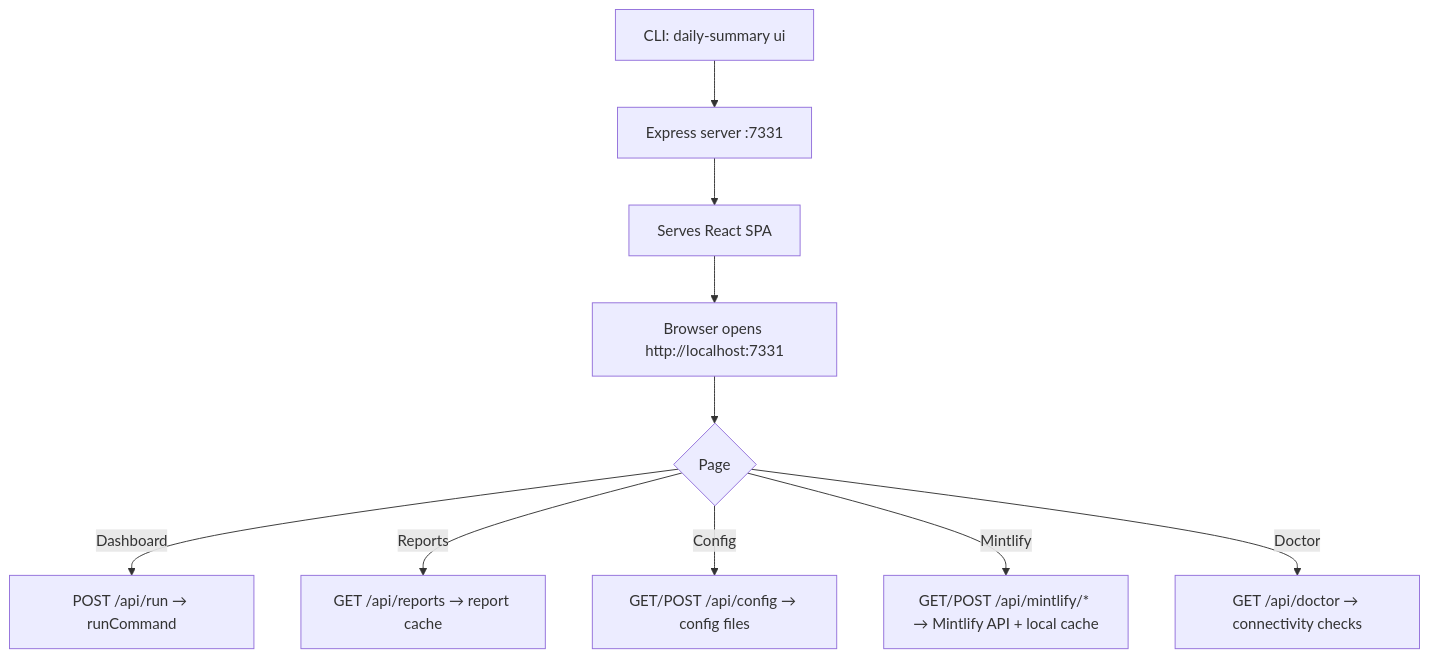
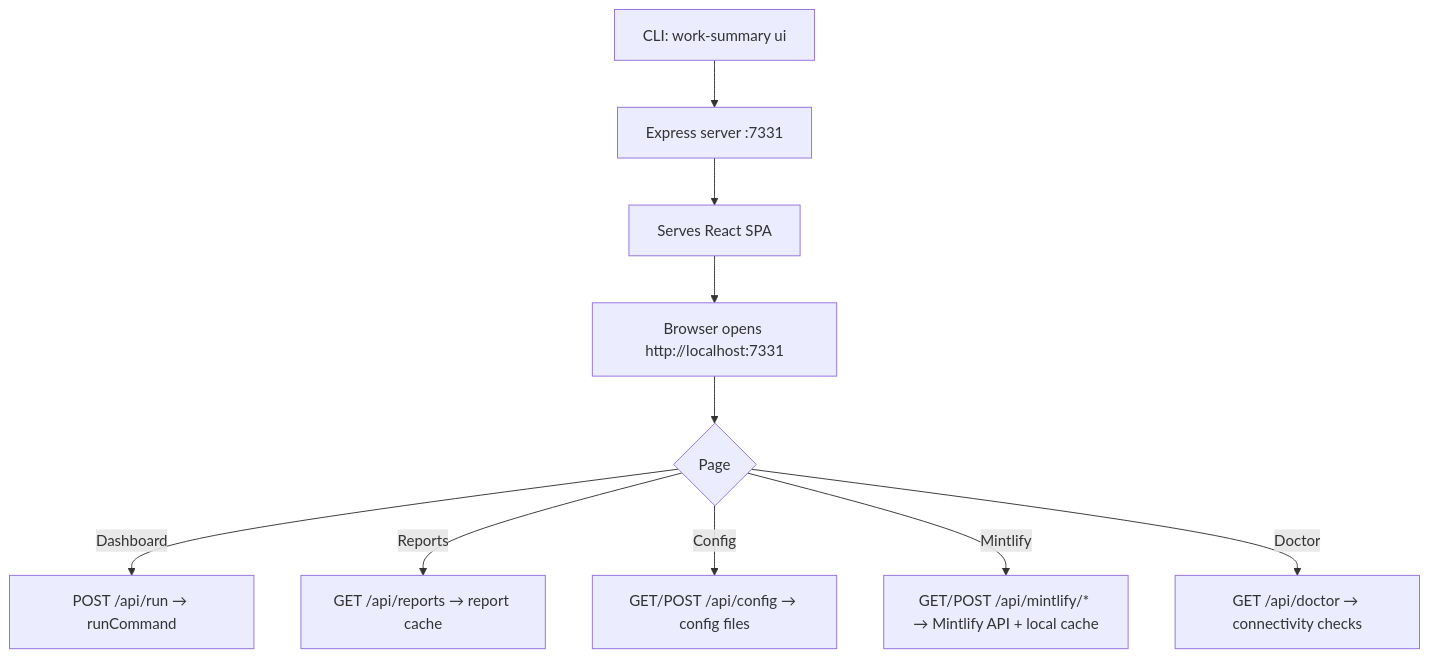
The fourth of 4 diagrams in website/docs/introduction.md (Vedant1202/work-summarizer), drawn with Mermaid before and after one commit. The commit also changed other lines of this file and 22 other files, not shown here.

````diff
--- a/website/docs/introduction.md
+++ b/website/docs/introduction.md
@@ -86,12 +86,12 @@
 ```mermaid
 flowchart TD
-  A["CLI: daily-summary ui"] --> B["Express server :7331"]
+  A["CLI: work-summary ui"] --> B["Express server :7331"]
   B --> C["Serves React SPA"]
   C --> D["Browser opens http://localhost:7331"]
   D --> E{"Page"}
   E -->|Dashboard| F["POST /api/run → runCommand"]
   E -->|Reports| G["GET /api/reports → report cache"]
   E -->|Config| H["GET/POST /api/config → config files"]
   E -->|Mintlify| I["GET/POST /api/mintlify/* → Mintlify API + local cache"]
   E -->|Doctor| J["GET /api/doctor → connectivity checks"]
 ```
````
